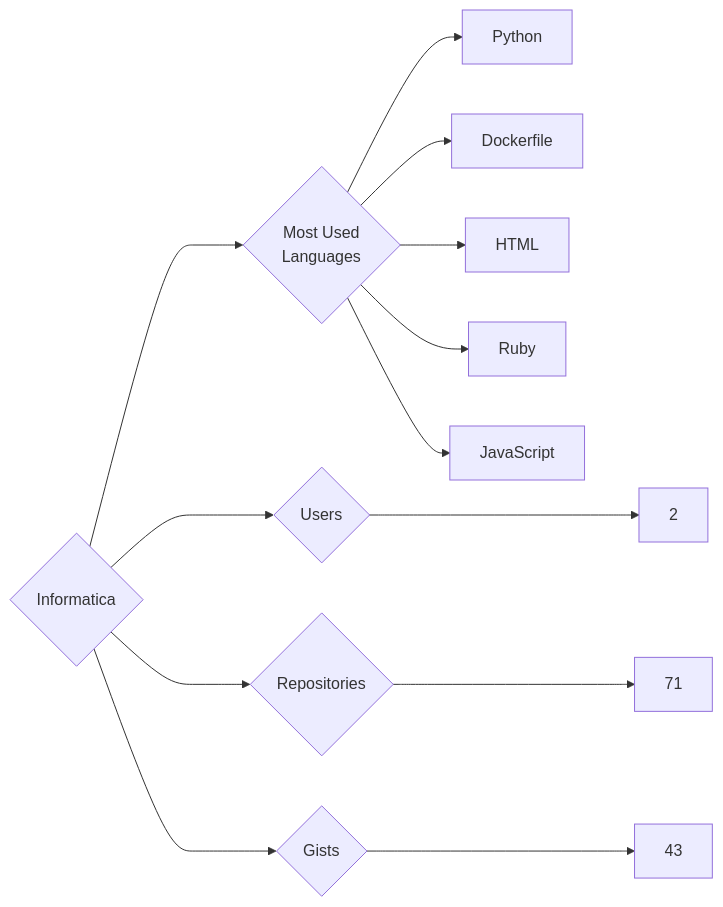
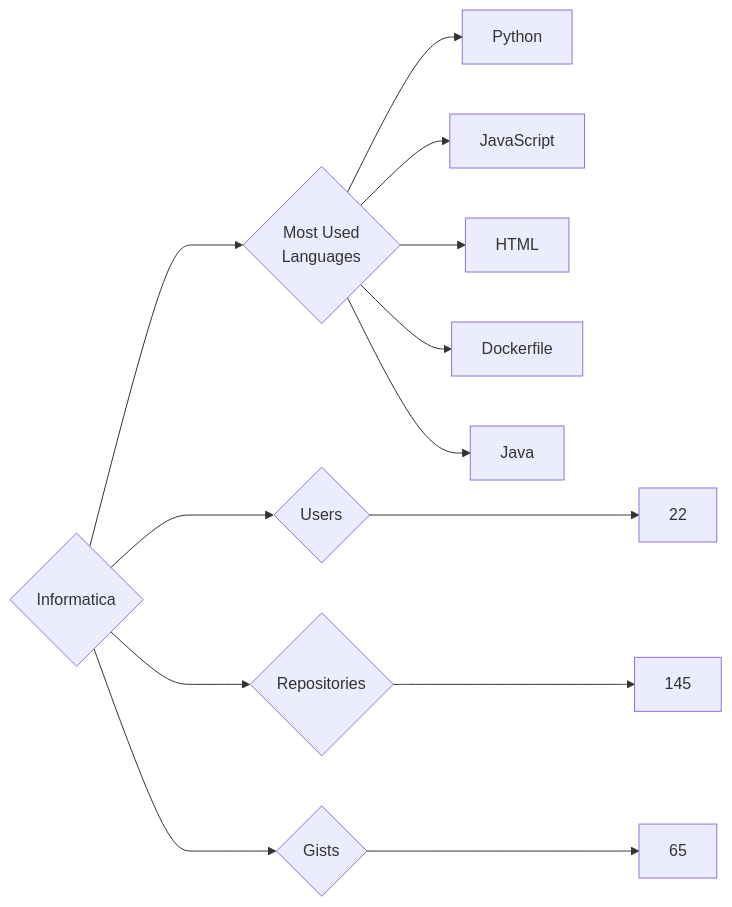
Before and after one commit to trickest/insiders: the diagram in targets/Informatica/README.md, drawn with Mermaid. The commit also changed 895 other files, not shown here.

````diff
--- a/targets/Informatica/README.md
+++ b/targets/Informatica/README.md
@@ -3,13 +3,13 @@
 ```mermaid
 graph LR
 COMPANY_NAME{Informatica}
-COMPANY_NAME ---> U{Users} ---> UN[2]
-COMPANY_NAME ---> R{Repositories} ---> RN[71]
-COMPANY_NAME ---> G{Gists} ---> GN[43]
+COMPANY_NAME ---> U{Users} ---> UN[22]
+COMPANY_NAME ---> R{Repositories} ---> RN[145]
+COMPANY_NAME ---> G{Gists} ---> GN[65]
 COMPANY_NAME ---> ML{Most Used<br>Languages}
 ML --> Python[Python]
+ML --> JavaScript[JavaScript]
+ML --> HTML[HTML]
 ML --> Dockerfile[Dockerfile]
-ML --> HTML[HTML]
-ML --> Ruby[Ruby]
-ML --> JavaScript[JavaScript]
+ML --> Java[Java]
 ```
````
